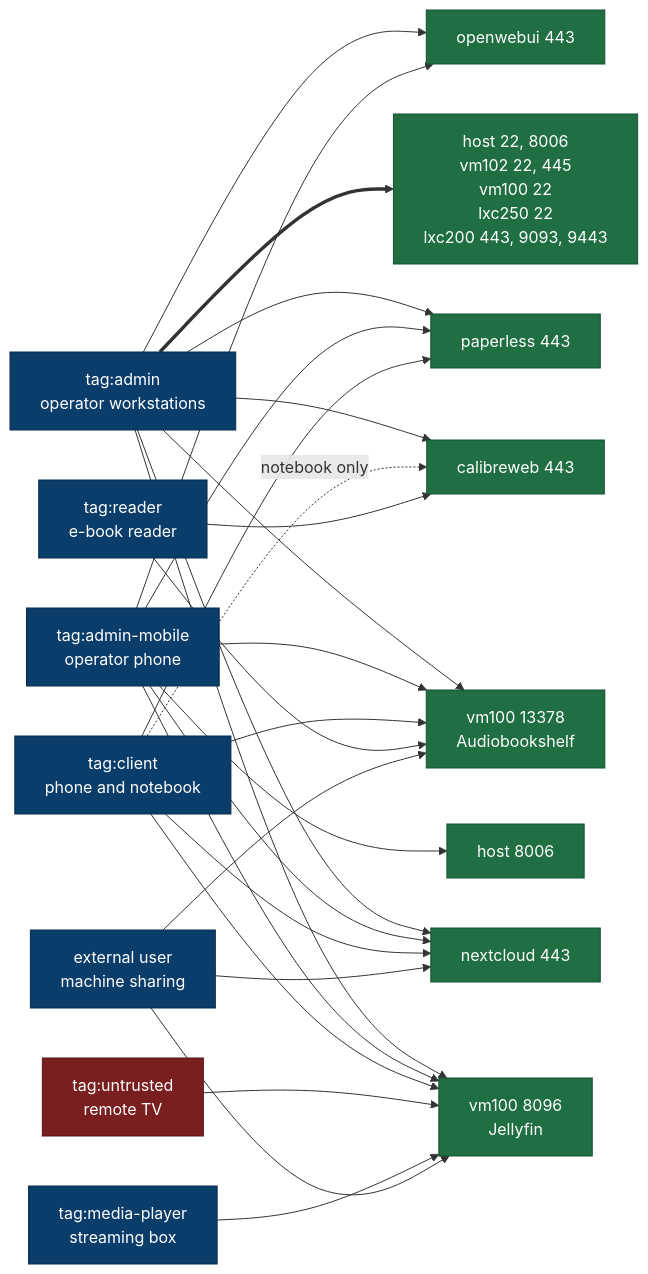
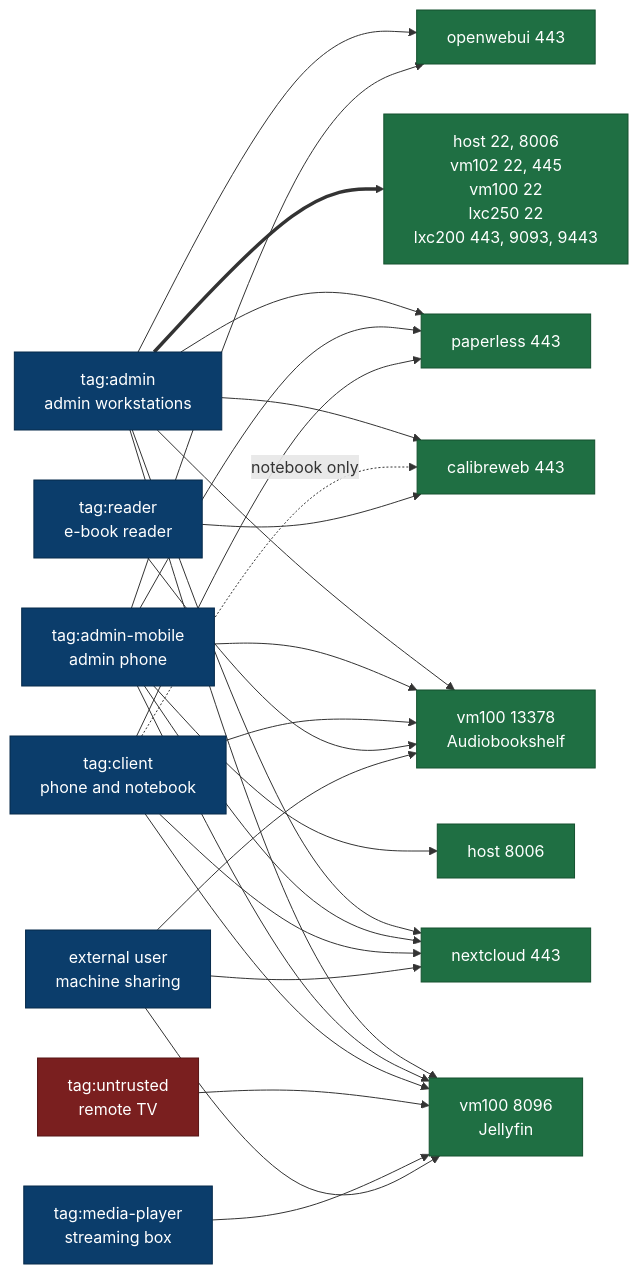
One commit to NicolasPogorzelski/homelab-server-architecture changed the first of 4 diagrams in docs/architecture/diagram.md. Above: the diagram before and after it, drawn with Mermaid. The commit also changed 15 other files, not shown here.

First line of the commit message:
docs(repo): state the platform directly and name devices after their tag

````diff
--- a/docs/architecture/diagram.md
+++ b/docs/architecture/diagram.md
@@ -43,39 +43,39 @@
 ```mermaid
 flowchart LR
   accTitle: Tailscale ACL - access granted to people's devices
-  accDescr: Operator workstations, operator phone, end-user devices, e-book reader, a remote TV, a streaming box and an external user through machine sharing, each with the services and ports it may reach.
+  accDescr: Admin workstations, admin phone, end-user devices, e-book reader, a remote TV, a streaming box and an external user through machine sharing, each with the services and ports it may reach.
 
-  ADMIN_S["tag:admin<br/>operator workstations"]
-  MOBILE_S["tag:admin-mobile<br/>operator phone"]
+  ADMIN_S["tag:admin<br/>admin workstations"]
+  MOBILE_S["tag:admin-mobile<br/>admin phone"]
   CLIENT_S["tag:client<br/>phone and notebook"]
   READER_S["tag:reader<br/>e-book reader"]
   UNTRUST_S["tag:untrusted<br/>remote TV"]
   PLAYER_S["tag:media-player<br/>streaming box"]
   EXTERNAL_S["external user<br/>machine sharing"]
 
   INFRA["host 22, 8006<br/>vm102 22, 445<br/>vm100 22<br/>lxc250 22<br/>lxc200 443, 9093, 9443"]
   PVE["host 8006"]
   NC["nextcloud 443"]
   PL["paperless 443"]
   CW["calibreweb 443"]
   OW["openwebui 443"]
   JF["vm100 8096<br/>Jellyfin"]
   ABS["vm100 13378<br/>Audiobookshelf"]
 
   ADMIN_S ==> INFRA
   ADMIN_S --> NC & PL & CW & OW & JF & ABS
   MOBILE_S --> PVE & NC & PL & OW & JF & ABS
   CLIENT_S --> NC & PL & JF & ABS
   CLIENT_S -.->|"notebook only"| CW
   READER_S --> CW & ABS
   UNTRUST_S --> JF
   PLAYER_S --> JF
   EXTERNAL_S --> NC & JF & ABS
 
   classDef src fill:#0b3d6b,stroke:#062a4b,color:#ffffff
   classDef dst fill:#1f6f43,stroke:#14512f,color:#ffffff
   classDef untrust fill:#7a1f1f,stroke:#571414,color:#ffffff
   class ADMIN_S,MOBILE_S,CLIENT_S,READER_S,PLAYER_S,EXTERNAL_S src
   class INFRA,PVE,NC,PL,CW,OW,JF,ABS dst
   class UNTRUST_S untrust
 ```
````
